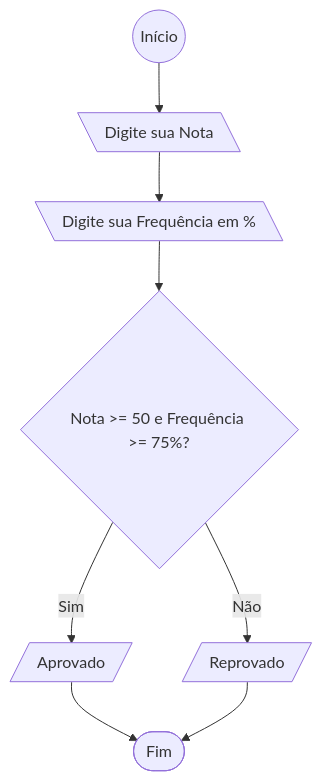
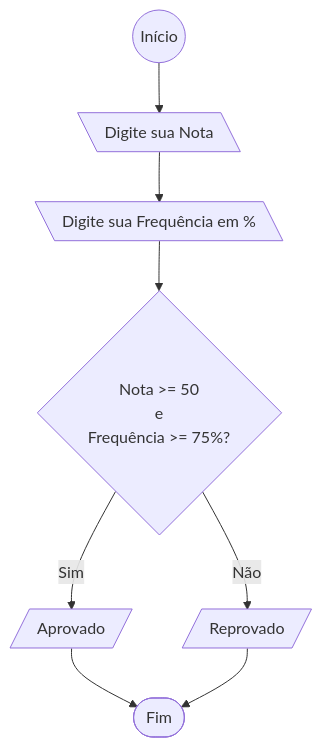
The second of 10 diagrams in Listas de Exercícios/LP_Lista_01/README.md (LucasIanovski/Disciplina-LP), drawn with Mermaid before and after one commit. The commit also changed other lines of this file, not shown here.

````diff
--- a/Listas de Exercícios/LP_Lista_01/README.md
+++ b/Listas de Exercícios/LP_Lista_01/README.md
@@ -34,11 +34,11 @@
    ```mermaid
    flowchart TD
       start(( Início )) --> inputNota[\ Digite sua Nota \]
       inputFrequencia[\ Digite sua Frequência em % \]
     inputNota --> inputFrequencia
-    inputFrequencia --> verification{ Nota >= 50 e Frequência >= 75%? }
+    inputFrequencia --> verification{ Nota >= 50 \n e \n Frequência >= 75%? }
     verification --> |Sim| A[/ Aprovado /]
     verification --> |Não| B[/ Reprovado /]
     A --> finish([ Fim ])
     B --> finish
    ```
````
